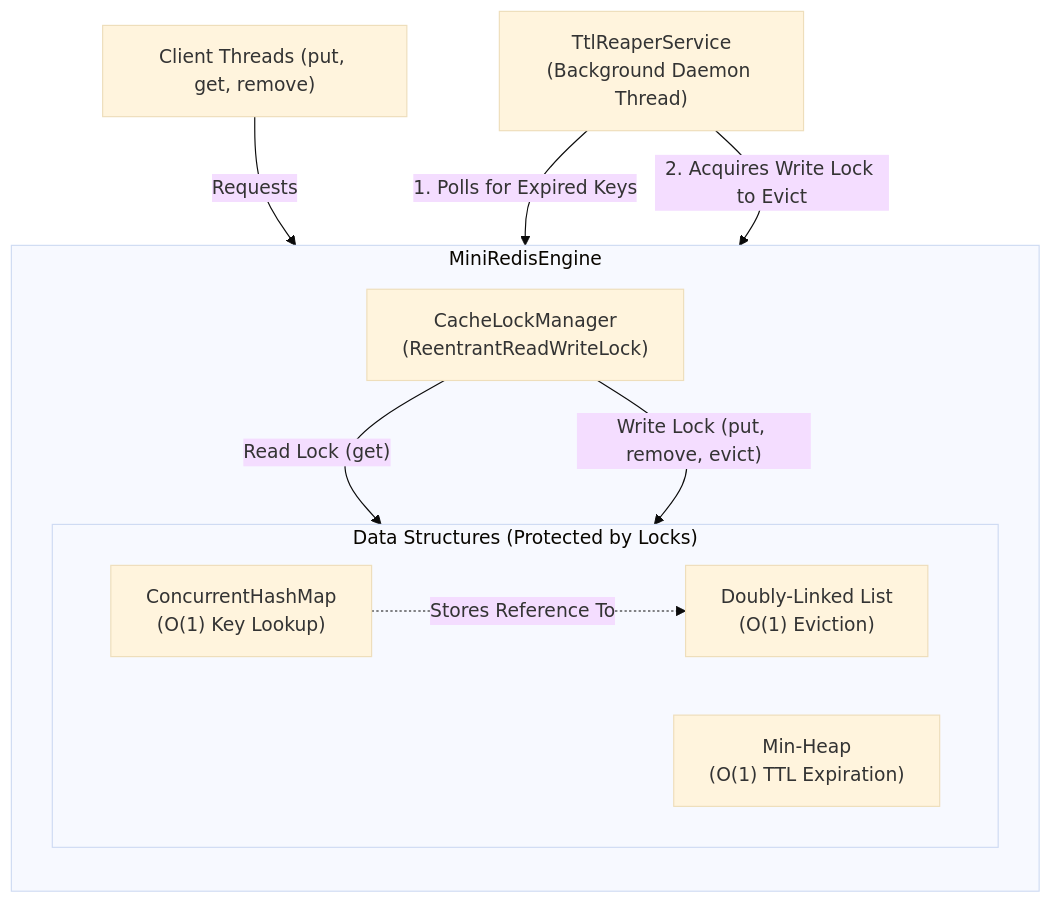
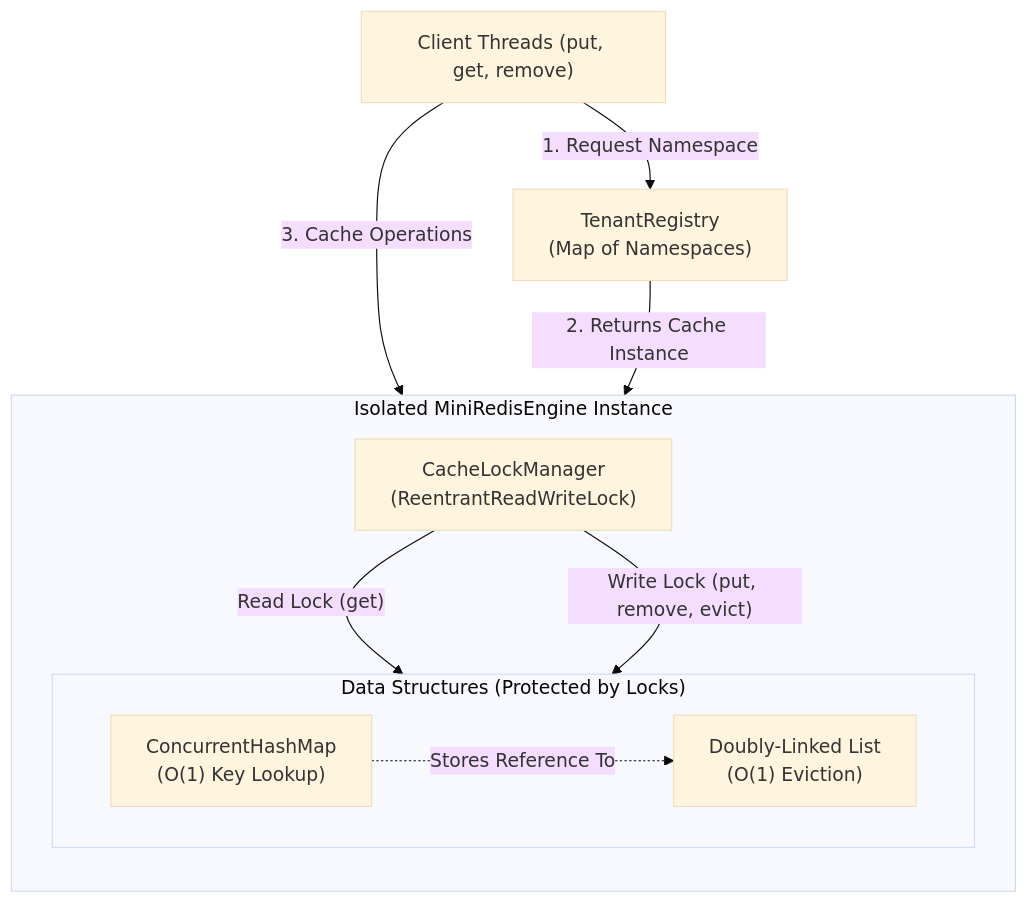
One commit to iam-rahulpadhy/mini-redis-cache-engine changed the diagram in ARCHITECTURE.md. Above: the diagram before and after it, drawn with Mermaid (base theme). The commit also changed other lines of this file and 8 other files, not shown here.

Commit message:
add tenant registry

````diff
--- a/ARCHITECTURE.md
+++ b/ARCHITECTURE.md
@@ -7,32 +7,31 @@
 ```mermaid
 flowchart TB
     %% Client Interactions
     Clients["Client Threads (put, get, remove)"]
 
+    %% Tenant Layer
+    Registry["TenantRegistry<br/>(Map of Namespaces)"]
+
     %% Core Components
-    subgraph Engine["MiniRedisEngine"]
+    subgraph Engine["Isolated MiniRedisEngine Instance"]
         direction TB
         LockManager["CacheLockManager<br/>(ReentrantReadWriteLock)"]
         
         subgraph DataStructures["Data Structures (Protected by Locks)"]
             direction LR
             NodeMap["ConcurrentHashMap<br/>(O(1) Key Lookup)"]
             LRUList["Doubly-Linked List<br/>(O(1) Eviction)"]
-            TTLHeap["Min-Heap<br/>(O(1) TTL Expiration)"]
         end
     end
     
-    %% Background Daemon
-    Reaper["TtlReaperService<br/>(Background Daemon Thread)"]
-
     %% Edges
-    Clients -- "Requests" --> LockManager
+    Clients -- "1. Request Namespace" --> Registry
+    Registry -- "2. Returns Cache Instance" --> Engine
+    
+    Clients -- "3. Cache Operations" --> LockManager
     
     LockManager -- "Read Lock (get)" --> NodeMap
     LockManager -- "Write Lock (put, remove, evict)" --> DataStructures
     
     NodeMap -. "Stores Reference To" .-> LRUList
-    
-    Reaper -- "1. Polls for Expired Keys" --> TTLHeap
-    Reaper -- "2. Acquires Write Lock to Evict" --> LockManager
 ```
````
